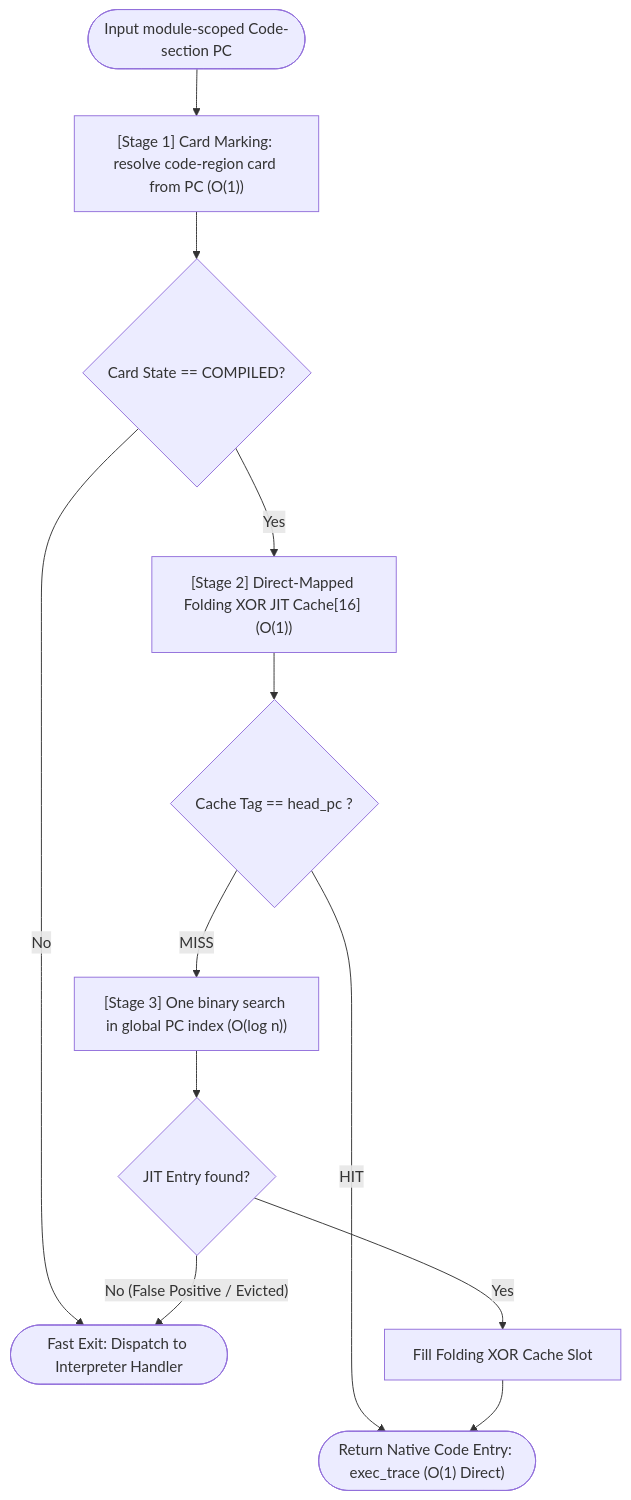
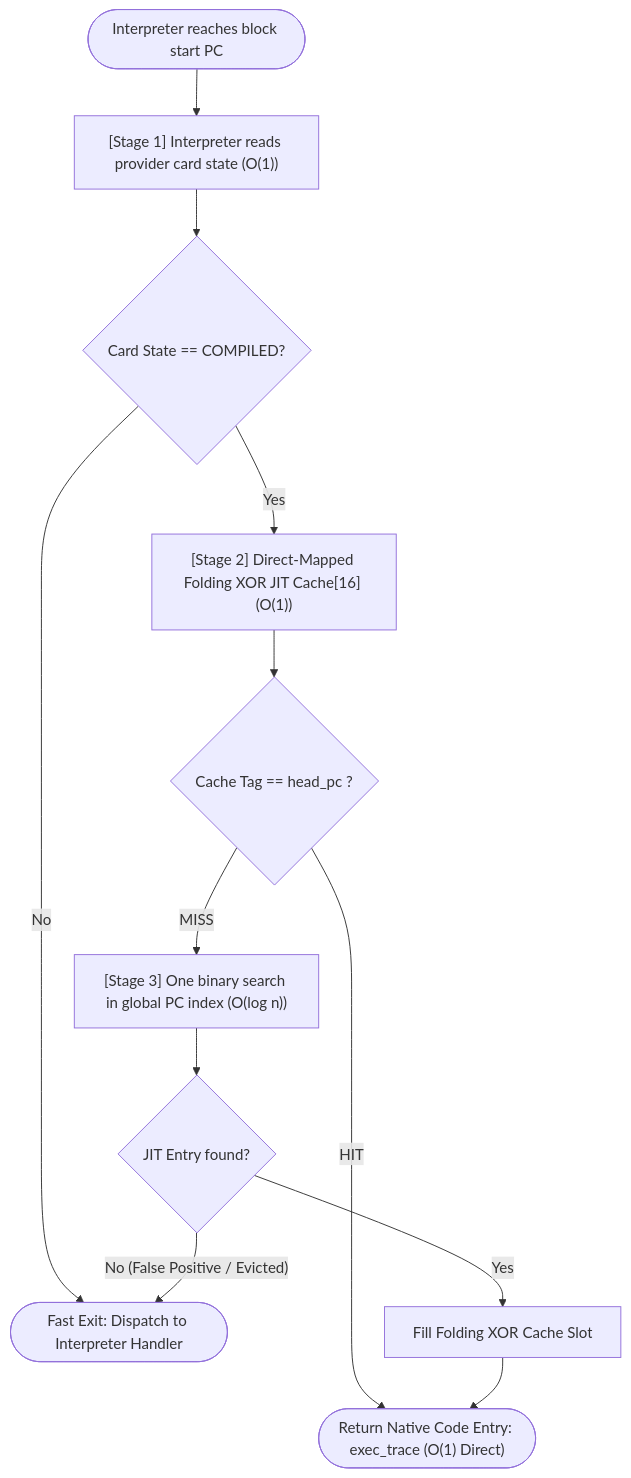
The third of 6 diagrams in docs/components/tier3_plugins/jit_runtime.md (kmt-t/fireball), drawn with Mermaid before and after one commit. The commit also changed other lines of this file and 43 other files, not shown here.

````diff
--- a/docs/components/tier3_plugins/jit_runtime.md
+++ b/docs/components/tier3_plugins/jit_runtime.md
@@ -230,17 +232,17 @@
 ```mermaid
 flowchart TD
-    Start(["Input module-scoped Code-section PC"]) --> Stage1["[Stage 1] Card Marking: resolve code-region card from PC (O(1))"]
+    Start(["Interpreter reaches block start PC"]) --> Stage1["[Stage 1] Interpreter reads provider card state (O(1))"]
     Stage1 --> CheckCompiled{"Card State == COMPILED?"}
 
     CheckCompiled -- "No" --> ExitInterp(["Fast Exit: Dispatch to Interpreter Handler"])
     CheckCompiled -- "Yes" --> StageFast["[Stage 2] Direct-Mapped Folding XOR JIT Cache[16] (O(1))"]
 
     StageFast --> FastHit{"Cache Tag == head_pc ?"}
     FastHit -- "HIT" --> ReturnTrace(["Return Native Code Entry: exec_trace (O(1) Direct)"])
 
     FastHit -- "MISS" --> StageBinary["[Stage 3] One binary search in global PC index (O(log n))"]
 
     StageBinary --> Hit{"JIT Entry found?"}
     Hit -- "Yes" --> FillSlot["Fill Folding XOR Cache Slot"] --> ReturnTrace
     Hit -- "No (False Positive / Evicted)" --> ExitInterp
 ```
````
